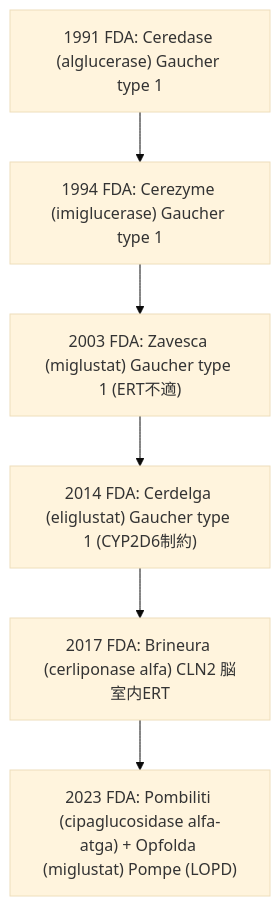
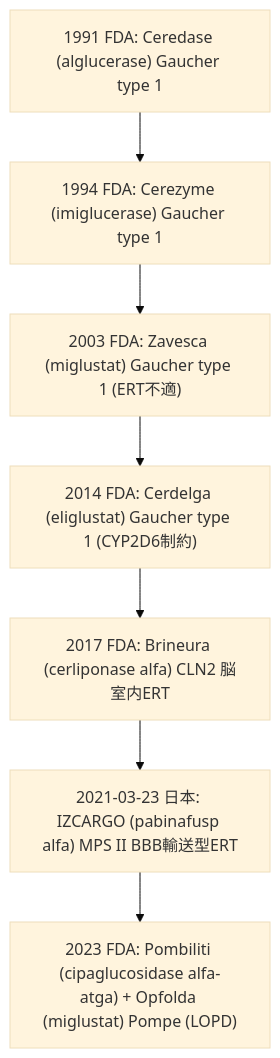
Before and after one commit to NagiMukae/organelle-therapeutics-tracker: the first of 2 diagrams in _posts/2025-10-17-lysosome-approved-drugs.md, drawn with Mermaid (base theme). The commit also changed other lines of this file, not shown here.

````diff
--- a/_posts/2025-10-17-lysosome-approved-drugs.md
+++ b/_posts/2025-10-17-lysosome-approved-drugs.md
@@ -165,8 +234,9 @@
 ```mermaid
 flowchart TB
   A["1991 FDA: Ceredase (alglucerase) Gaucher type 1"] --> B["1994 FDA: Cerezyme (imiglucerase) Gaucher type 1"]
   B --> C["2003 FDA: Zavesca (miglustat) Gaucher type 1 (ERT不適)"]
   C --> D["2014 FDA: Cerdelga (eliglustat) Gaucher type 1 (CYP2D6制約)"]
   D --> E["2017 FDA: Brineura (cerliponase alfa) CLN2 脳室内ERT"]
-  E --> F["2023 FDA: Pombiliti (cipaglucosidase alfa-atga) + Opfolda (miglustat) Pompe (LOPD)"]
+  E --> F["2021-03-23 日本: IZCARGO (pabinafusp alfa) MPS II BBB輸送型ERT"]
+  F --> G["2023 FDA: Pombiliti (cipaglucosidase alfa-atga) + Opfolda (miglustat) Pompe (LOPD)"]
 ```
````
